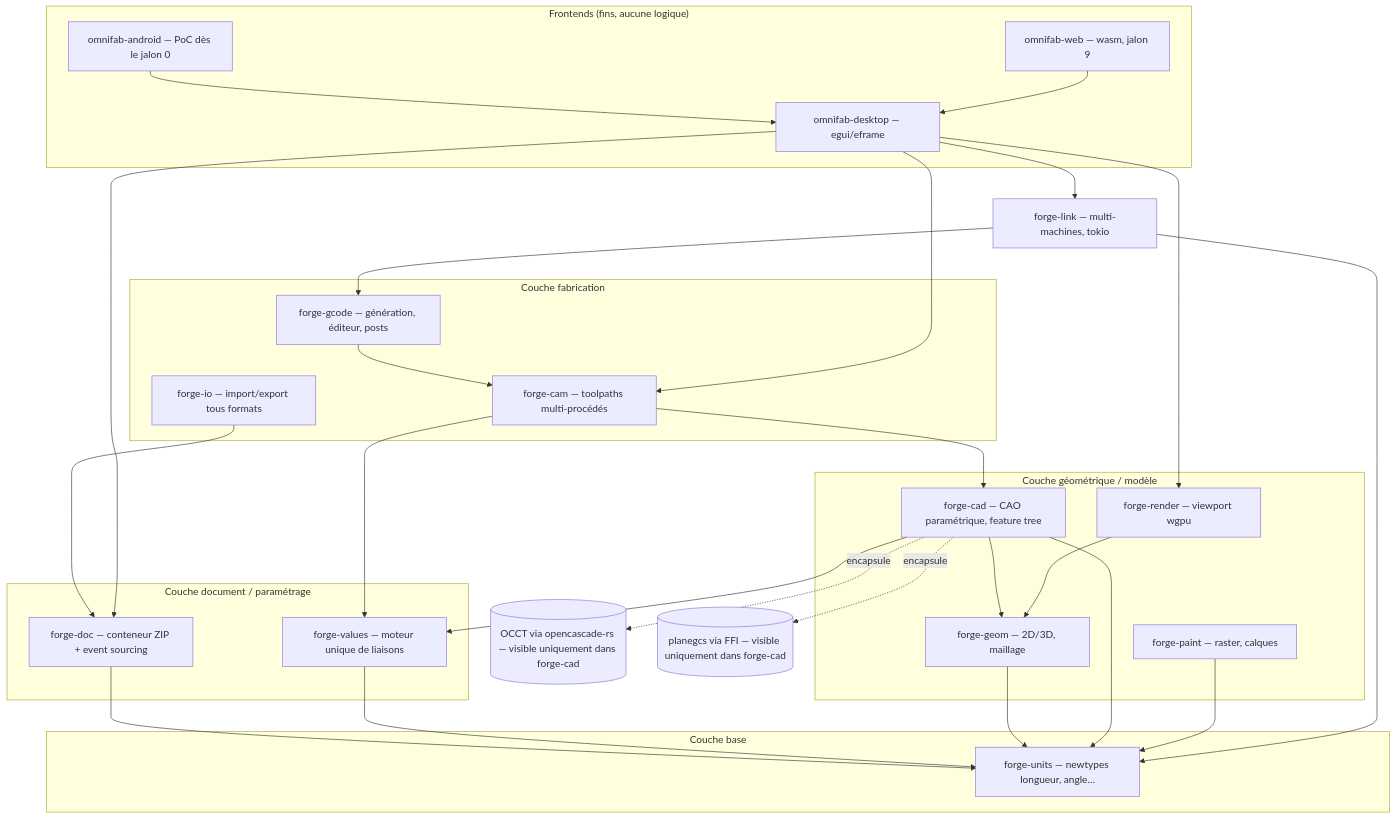
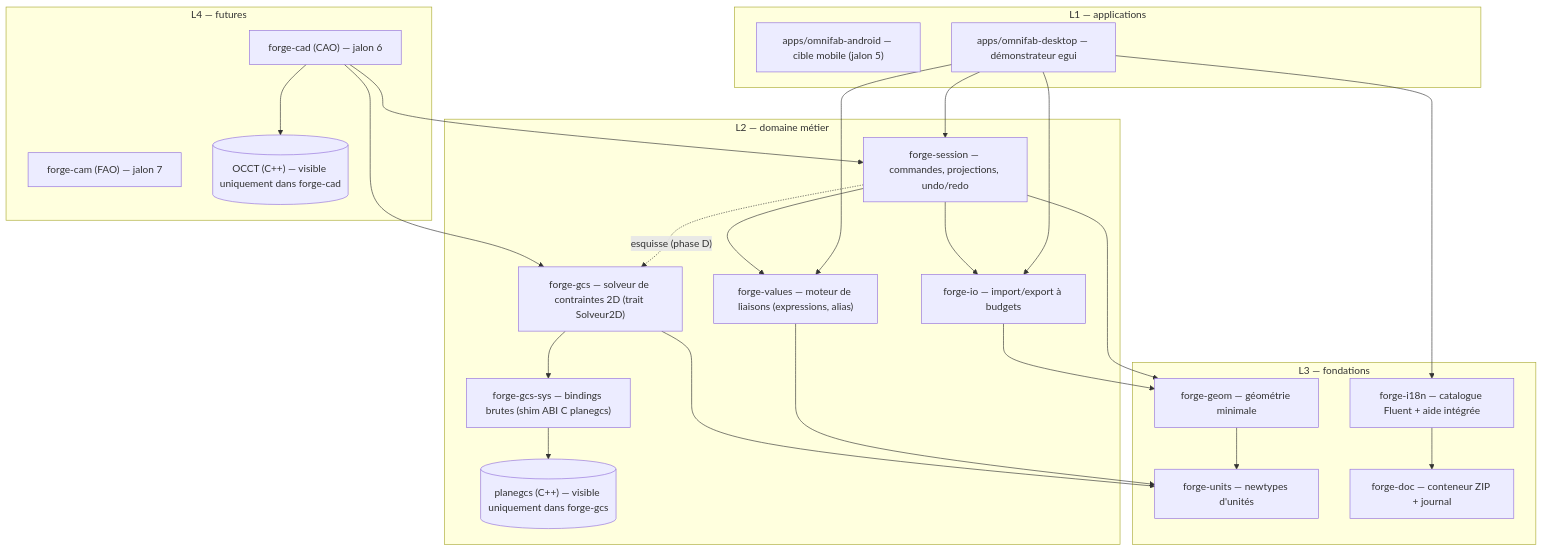
Before and after one commit to RaphOlivier/OmniFab: the diagram in docs/architecture.md, drawn with Mermaid. The commit also changed other lines of this file and 20 other files, not shown here.

Commit message:
Dérisque planegcs via FFI : forge-gcs-sys + forge-gcs, shim ABI C, CI multi-OS (ADR-0013, phase A)

````diff
--- a/docs/architecture.md
+++ b/docs/architecture.md
@@ -7,53 +7,48 @@
 ```mermaid
-graph TD
-    subgraph L4["Frontends (fins, aucune logique)"]
-        desktop["omnifab-desktop — egui/eframe"]
-        android["omnifab-android — PoC dès le jalon 0"]
-        web["omnifab-web — wasm, jalon 9"]
+flowchart TD
+    subgraph L1[L1 — applications]
+        android["apps/omnifab-android — cible mobile (jalon 5)"]
+        desktop["apps/omnifab-desktop — démonstrateur egui"]
     end
 
-    subgraph L3["Couche fabrication"]
-        cam["forge-cam — toolpaths multi-procédés"]
-        gcode["forge-gcode — génération, éditeur, posts"]
-        io["forge-io — import/export tous formats"]
+    subgraph L2[L2 — domaine métier]
+        session["forge-session — commandes, projections, undo/redo"]
+        values["forge-values — moteur de liaisons (expressions, alias)"]
+        io["forge-io — import/export à budgets"]
+        gcs2d["forge-gcs — solveur de contraintes 2D (trait Solveur2D)"]
+        gcssys["forge-gcs-sys — bindings brutes (shim ABI C planegcs)"]
+        planegcs[("planegcs (C++) — visible uniquement dans forge-gcs")]
     end
 
-    subgraph L2["Couche géométrique / modèle"]
-        geom["forge-geom — 2D/3D, maillage"]
-        cad["forge-cad — CAO paramétrique, feature tree"]
-        render["forge-render — viewport wgpu"]
-        paint["forge-paint — raster, calques"]
+    subgraph L3[L3 — fondations]
+        geom["forge-geom — géométrie minimale"]
+        units["forge-units — newtypes d'unités"]
+        i18n["forge-i18n — catalogue Fluent + aide intégrée"]
+        doc["forge-doc — conteneur ZIP + journal"]
     end
 
-    subgraph L1["Couche document / paramétrage"]
-        doc["forge-doc — conteneur ZIP + event sourcing"]
-        values["forge-values — moteur unique de liaisons"]
+    subgraph L4[L4 — futures]
+        cad["forge-cad (CAO) — jalon 6"]
+        cam["forge-cam (FAO) — jalon 7"]
+        occt[("OCCT (C++) — visible uniquement dans forge-cad")]
     end
 
-    subgraph L0["Couche base"]
-        units["forge-units — newtypes longueur, angle…"]
-    end
-
-    occt[("OCCT via opencascade-rs — visible uniquement dans forge-cad")]
-    gcs[("planegcs via FFI — visible uniquement dans forge-cad")]
-
-    doc --> units
+    desktop --> session
+    desktop --> io
+    desktop --> values
+    desktop --> i18n
+    session --> values
+    session --> io
+    session --> geom
+    io --> geom
     values --> units
     geom --> units
-    cad --> units
-    cad --> values
-    cad --> geom
-    cad -.->|encapsule| occt
-    cad -.->|encapsule| gcs
-    render --> geom
-    paint --> units
-    cam --> cad
-    cam --> values
-    gcode --> cam
-    io --> doc
-    link["forge-link — multi-machines, tokio"] --> gcode
-    link --> units
-    desktop --> render & doc & cam & link
-    android --> desktop
-    web --> desktop
+    i18n --> doc
+    gcs2d --> units
+    gcs2d --> gcssys
+    gcssys --> planegcs
+    session -. "esquisse (phase D)" .-> gcs2d
+    cad --> session
+    cad --> gcs2d
+    cad --> occt
 ```
````
